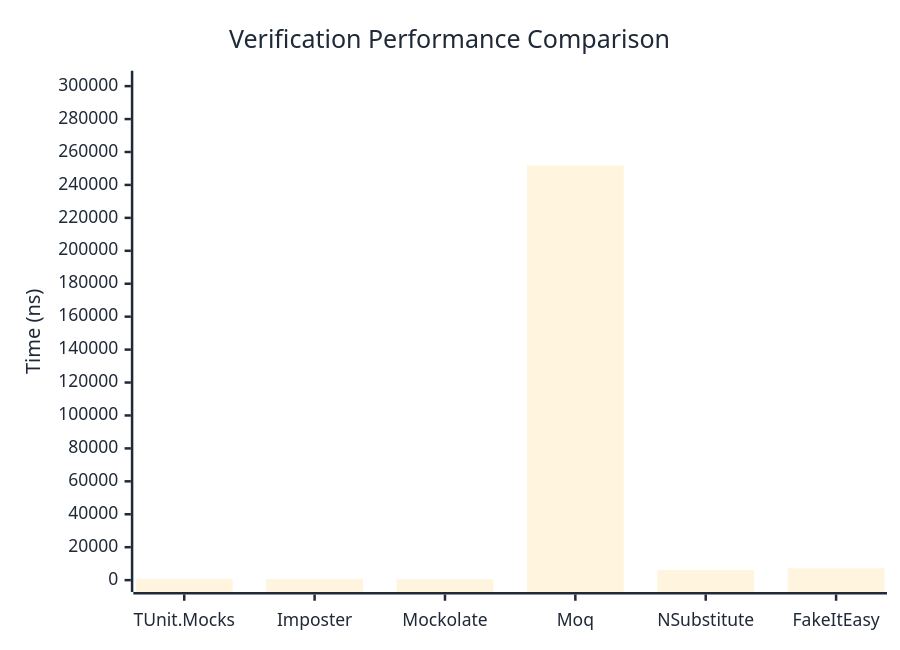
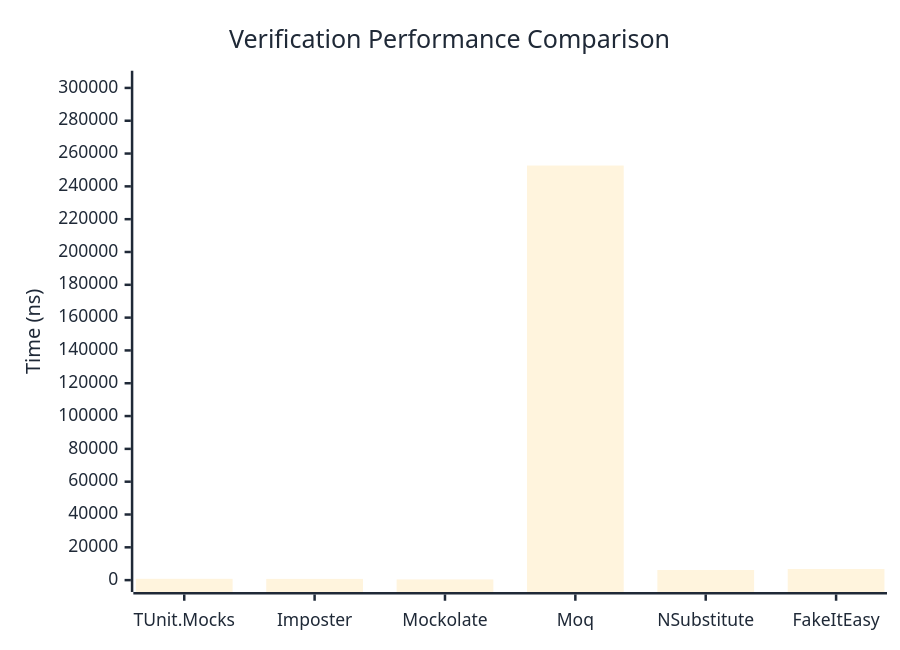
One commit to thomhurst/TUnit changed the first of 3 diagrams in docs/docs/benchmarks/mocks/Verification.md. Above: the diagram before and after it, drawn with Mermaid. The commit also changed other lines of this file and 14 other files, not shown here.

````diff
--- a/docs/docs/benchmarks/mocks/Verification.md
+++ b/docs/docs/benchmarks/mocks/Verification.md
@@ -30,27 +30,27 @@
 ```mermaid
 %%{init: {
   'theme':'base',
   'themeVariables': {
     'primaryColor': '#2563eb',
     'primaryTextColor': '#1f2937',
     'primaryBorderColor': '#1e40af',
     'lineColor': '#6b7280',
     'secondaryColor': '#7c3aed',
     'tertiaryColor': '#dc2626',
     'background': '#ffffff',
     'pie1': '#2563eb',
     'pie2': '#7c3aed',
     'pie3': '#dc2626',
     'pie4': '#f59e0b',
     'pie5': '#10b981',
     'pie6': '#06b6d4',
     'pie7': '#ec4899',
     'pie8': '#6366f1'
   }
 }}%%
 xychart-beta
   title "Verification Performance Comparison"
   x-axis ["TUnit.Mocks", "Imposter", "Mockolate", "Moq", "NSubstitute", "FakeItEasy"]
-  y-axis "Time (ns)" 0 --> 302131
-  bar [810.19, 717.06, 453.84, 251775.55, 6194, 7176.65]
+  y-axis "Time (ns)" 0 --> 303229
+  bar [788.12, 739.02, 432.7, 252690.26, 6171.27, 6787.33]
 ```
````
